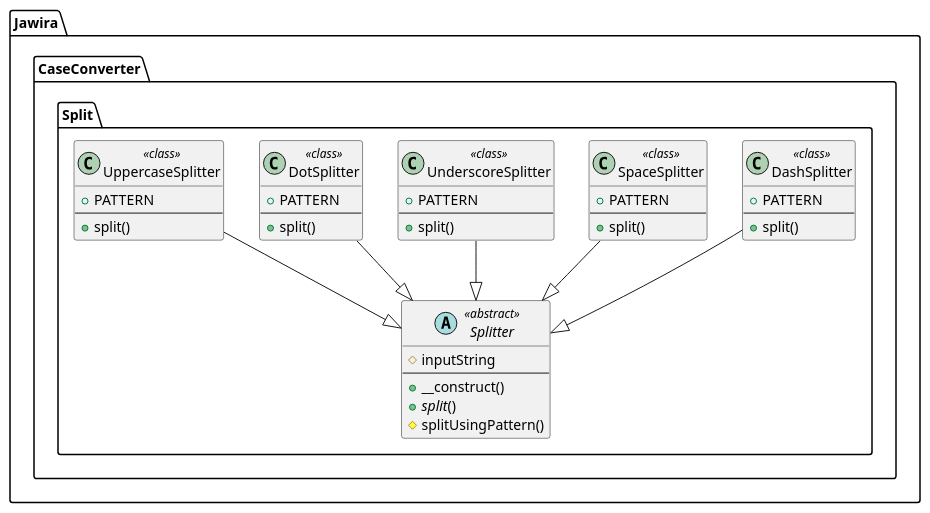
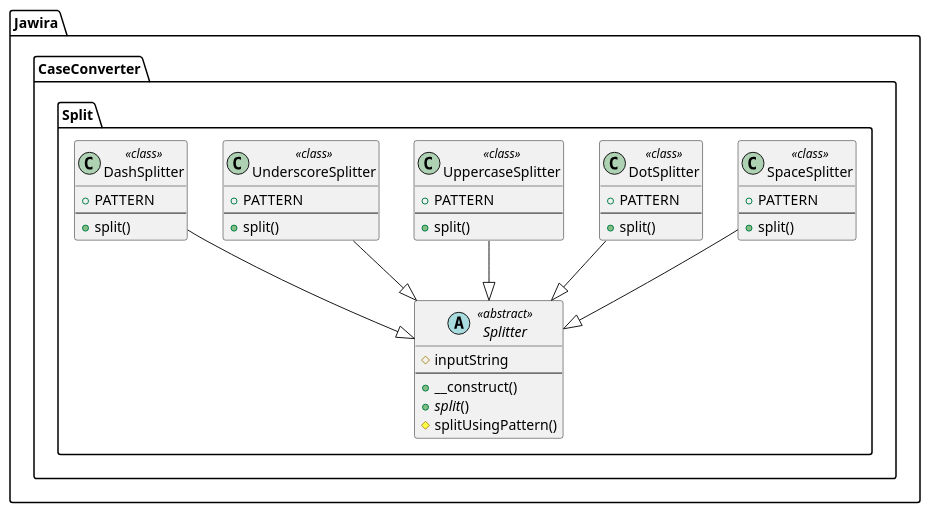
One commit to knm1/case-converter changed the diagram in images/uml-split.puml. Above: the diagram before and after it, drawn with PlantUML. The commit also changed other lines of this file and 57 other files, not shown here.

```diff
--- a/images/uml-split.puml
+++ b/images/uml-split.puml
@@ -1,41 +1,41 @@
 @startuml
 namespace Jawira.CaseConverter.Split  {
-	class DashSplitter << class >> {
-		+PATTERN
-		--
-		+split()
-	}
 	abstract Splitter << abstract >> {
 		#inputString
 		--
 		+__construct()
 		+<i>split</i>()
 		#splitUsingPattern()
 	}
 	class SpaceSplitter << class >> {
-		+PATTERN
-		--
-		+split()
-	}
-	class UnderscoreSplitter << class >> {
 		+PATTERN
 		--
 		+split()
 	}
 	class DotSplitter << class >> {
 		+PATTERN
 		--
 		+split()
 	}
 	class UppercaseSplitter << class >> {
 		+PATTERN
 		--
 		+split()
 	}
+	class UnderscoreSplitter << class >> {
+		+PATTERN
+		--
+		+split()
+	}
+	class DashSplitter << class >> {
+		+PATTERN
+		--
+		+split()
+	}
 }
-Jawira.CaseConverter.Split.DashSplitter --|> Jawira.CaseConverter.Split.Splitter
 Jawira.CaseConverter.Split.SpaceSplitter --|> Jawira.CaseConverter.Split.Splitter
-Jawira.CaseConverter.Split.UnderscoreSplitter --|> Jawira.CaseConverter.Split.Splitter
 Jawira.CaseConverter.Split.DotSplitter --|> Jawira.CaseConverter.Split.Splitter
 Jawira.CaseConverter.Split.UppercaseSplitter --|> Jawira.CaseConverter.Split.Splitter
+Jawira.CaseConverter.Split.UnderscoreSplitter --|> Jawira.CaseConverter.Split.Splitter
+Jawira.CaseConverter.Split.DashSplitter --|> Jawira.CaseConverter.Split.Splitter
 @enduml
```
